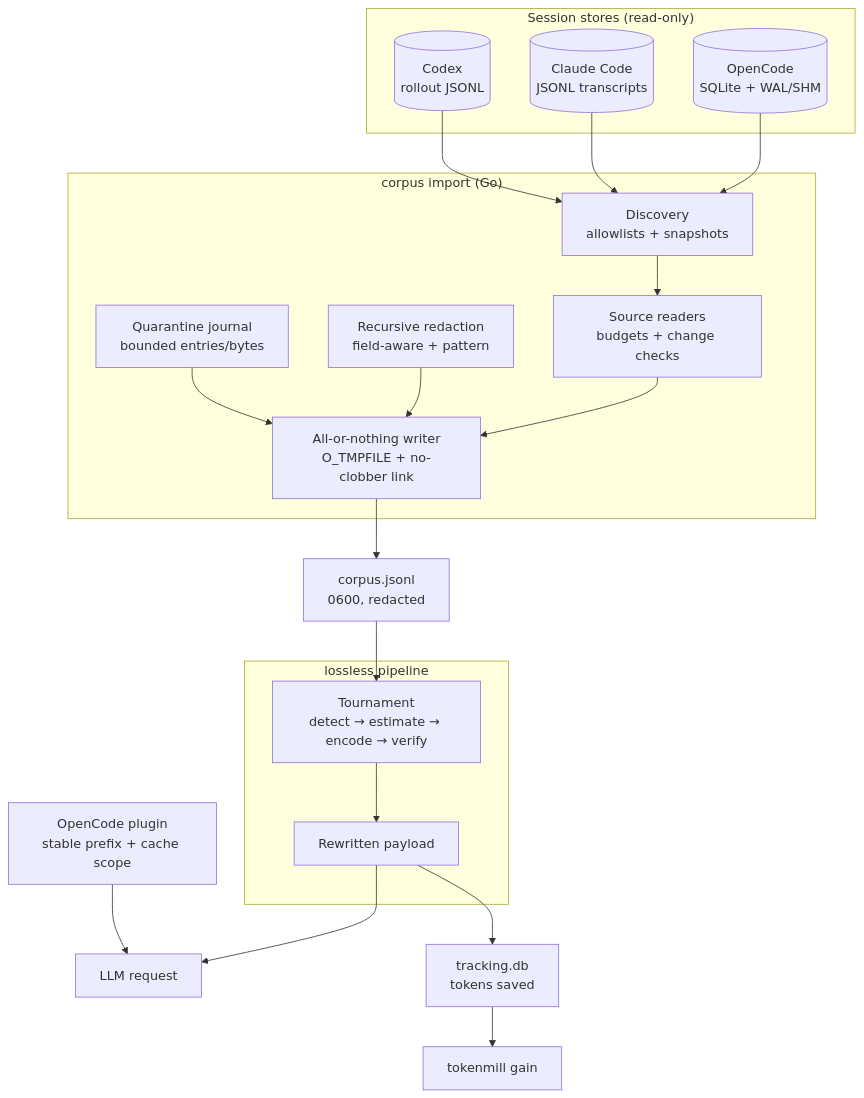
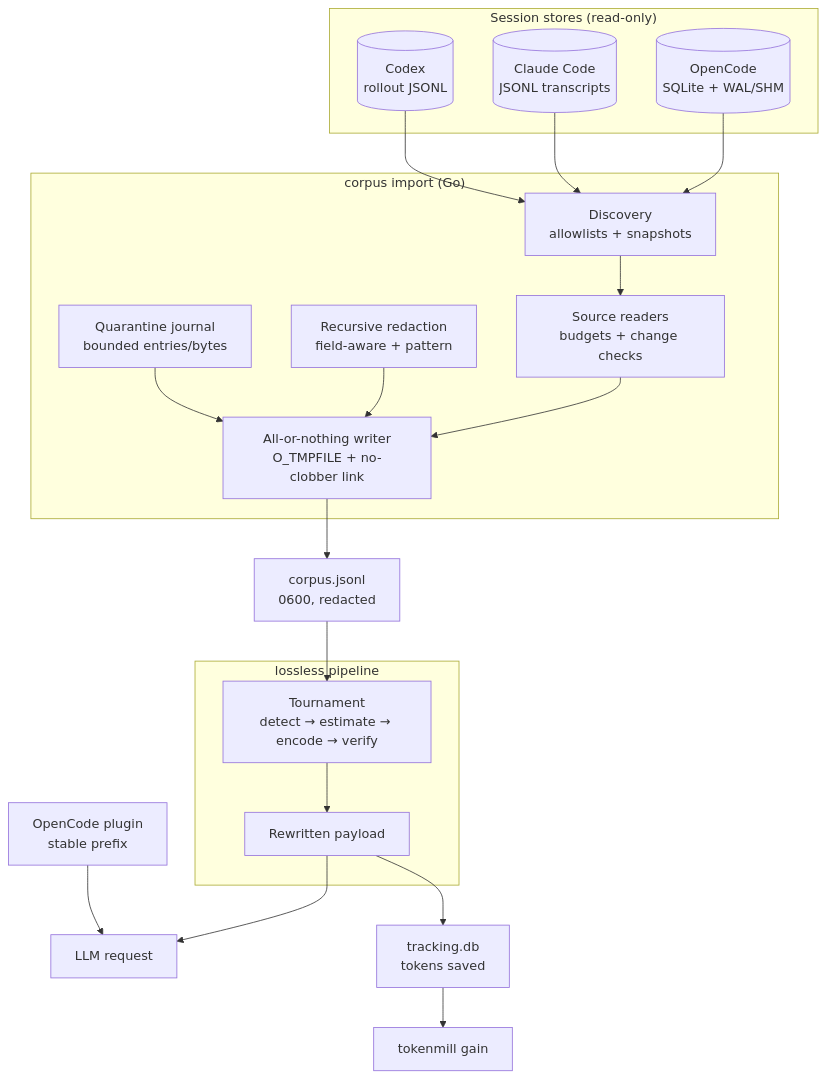
The diagram in README.md (4q4r/tokenmill), drawn with Mermaid before and after one commit. The commit also changed other lines of this file and 4 other files, not shown here.

First line of the commit message:
refactor(plugin): remove cache metadata machinery entirely

````diff
--- a/README.md
+++ b/README.md
@@ -44,26 +44,26 @@
 ```mermaid
 flowchart TB
     subgraph Sources["Session stores (read-only)"]
         OC[(OpenCode\nSQLite + WAL/SHM)]
         CL[(Claude Code\nJSONL transcripts)]
         CX[(Codex\nrollout JSONL)]
     end
 
     subgraph Import["corpus import (Go)"]
         Disc["Discovery\nallowlists + snapshots"] --> Read["Source readers\nbudgets + change checks"] --> Writer["All-or-nothing writer\nO_TMPFILE + no-clobber link"]
         Redact["Recursive redaction\nfield-aware + pattern"] --> Writer
         Quar["Quarantine journal\nbounded entries/bytes"] --> Writer
     end
 
     subgraph Compress["lossless pipeline"]
         T["Tournament\ndetect → estimate → encode → verify"] --> Out["Rewritten payload"]
     end
 
     OC --> Disc
     CL --> Disc
     CX --> Disc
     Writer --> Corpus["corpus.jsonl\n0600, redacted"] --> T
     Out --> Model["LLM request"]
     Out --> Stats["tracking.db\ntokens saved"] --> Gain["tokenmill gain"]
-    Plugin["OpenCode plugin\nstable prefix + cache scope"] --> Model
+    Plugin["OpenCode plugin\nstable prefix"] --> Model
 ```
````
